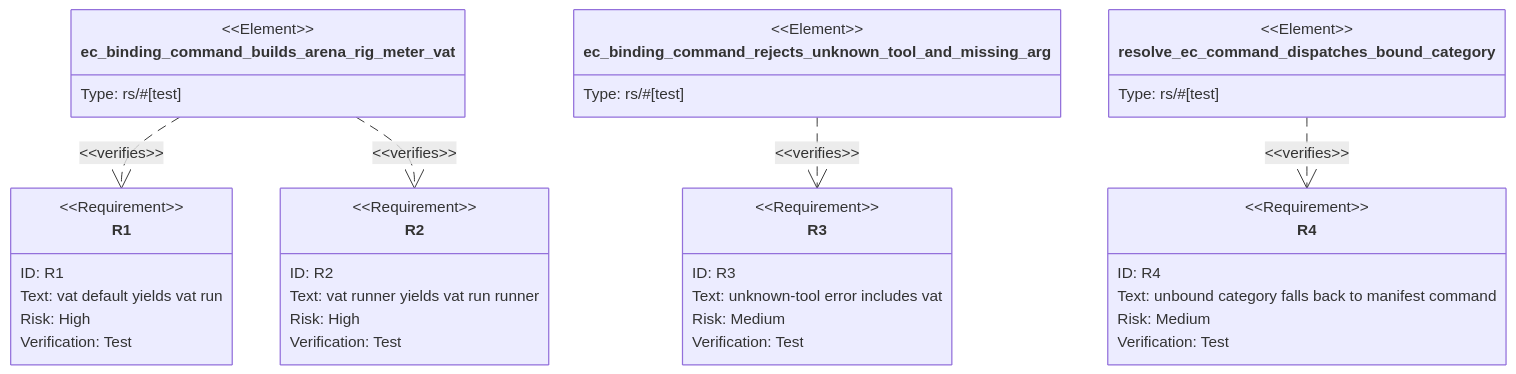
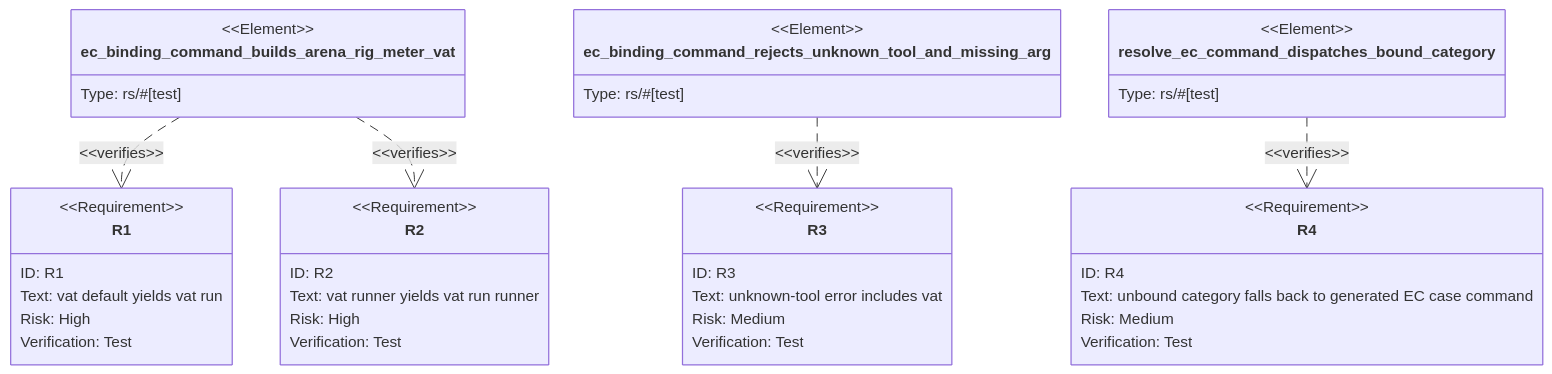
The second of 2 diagrams in projects/agentic-workflow/tech-design/logic/aw-ec-add-vat-binding-command-support.md (chrischeng-c4/axiom), drawn with Mermaid before and after one commit. The commit also changed 1053 other files, not shown here.

```diff
--- a/projects/agentic-workflow/tech-design/logic/aw-ec-add-vat-binding-command-support.md
+++ b/projects/agentic-workflow/tech-design/logic/aw-ec-add-vat-binding-command-support.md
@@ -77,7 +77,7 @@
     verify: test
   fallback_unchanged:
     id: R4
-    text: "resolve_project_ec_command still uses manifest command for unbound EC categories."
+    text: "resolve_project_ec_command still uses generated EC case commands for unbound EC categories."
     kind: regression
     risk: medium
     verify: test
@@ -118,7 +118,7 @@
     }
     requirement R4 {
       id: R4
-      text: "unbound category falls back to manifest command"
+      text: "unbound category falls back to generated EC case command"
       risk: medium
       verifymethod: test
     }
```
